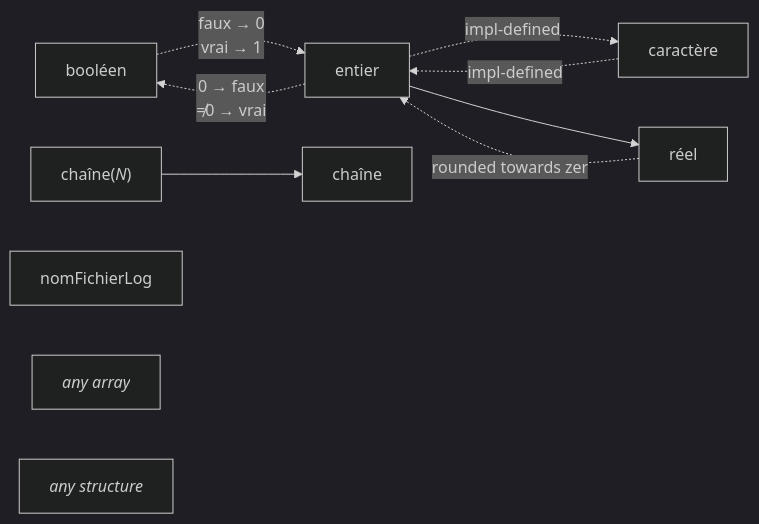
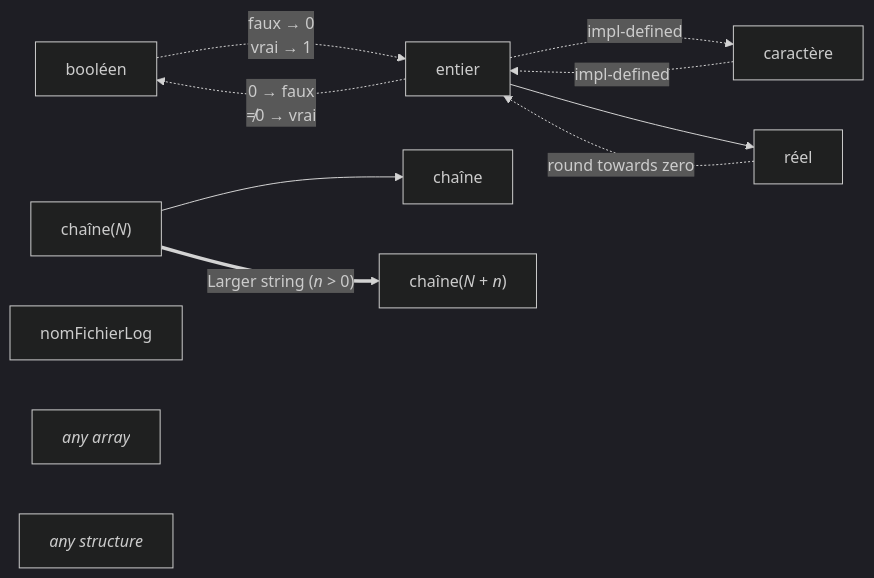
The diagram in docs/Conversions.md (5cover/psdc), drawn with Mermaid (dark theme) before and after one commit. The commit also changed other lines of this file and 6 other files, not shown here.

````diff
--- a/docs/Conversions.md
+++ b/docs/Conversions.md
@@ -10,13 +5,14 @@
 ```mermaid
 flowchart LR
 booléen -.faux &rarr; 0<br>vrai &rarr; 1.-> entier
 entier -.0 &rarr; faux<br>&ne;0 &rarr; vrai.-> booléen
 caractère -.impl-defined.-> entier
 entier -.impl-defined.-> caractère
 chaîneN["chaîne(<var>N</var>)"] --> chaîne
+chaîneN ==Larger string (<var>n</var> > 0)==> chaîneN2["chaîne(<var>N</var> + <var>n</var>) "]
 entier --> réel
-réel -.rounded towards zero.->entier
+réel -.round towards zero .->entier
 nomFichierLog
 arrays["<em>any array</em>"]
 structures["<em>any structure</em>"]
 ```
````
